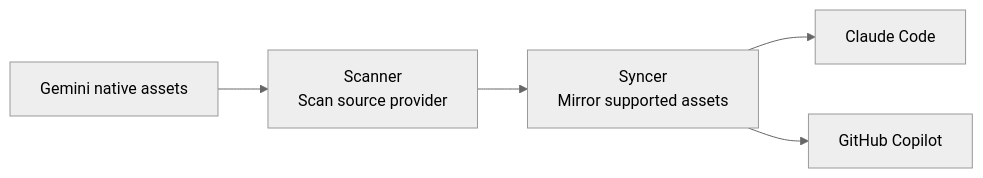
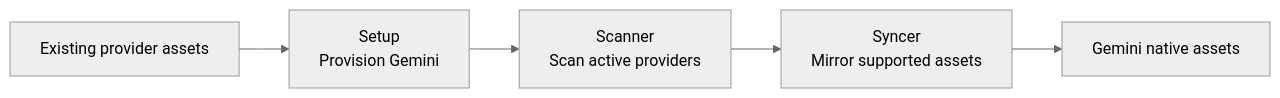
One commit to The-Untitled-Org/wasla changed the second of 2 diagrams in apps/docs/docs/architecture/synchronization-flow.md. Above: the diagram before and after it, drawn with Mermaid (neutral theme). The commit also changed other lines of this file and 34 other files, not shown here.

````diff
--- a/apps/docs/docs/architecture/synchronization-flow.md
+++ b/apps/docs/docs/architecture/synchronization-flow.md
@@ -45,12 +47,10 @@
 ```mermaid
 flowchart LR
+    Existing["Existing provider assets"]
+    Setup["Setup<br/>Provision Gemini"]
+    Scanner["Scanner<br/>Scan active providers"]
+    Syncer["Syncer<br/>Mirror supported assets"]
     Gemini["Gemini native assets"]
-    Scanner["Scanner<br/>Scan source provider"]
-    Syncer["Syncer<br/>Mirror supported assets"]
-    Claude["Claude Code"]
-    Copilot["GitHub Copilot"]
 
-    Gemini --> Scanner --> Syncer
-    Syncer --> Claude
-    Syncer --> Copilot
+    Existing --> Setup --> Scanner --> Syncer --> Gemini
 ```
````
